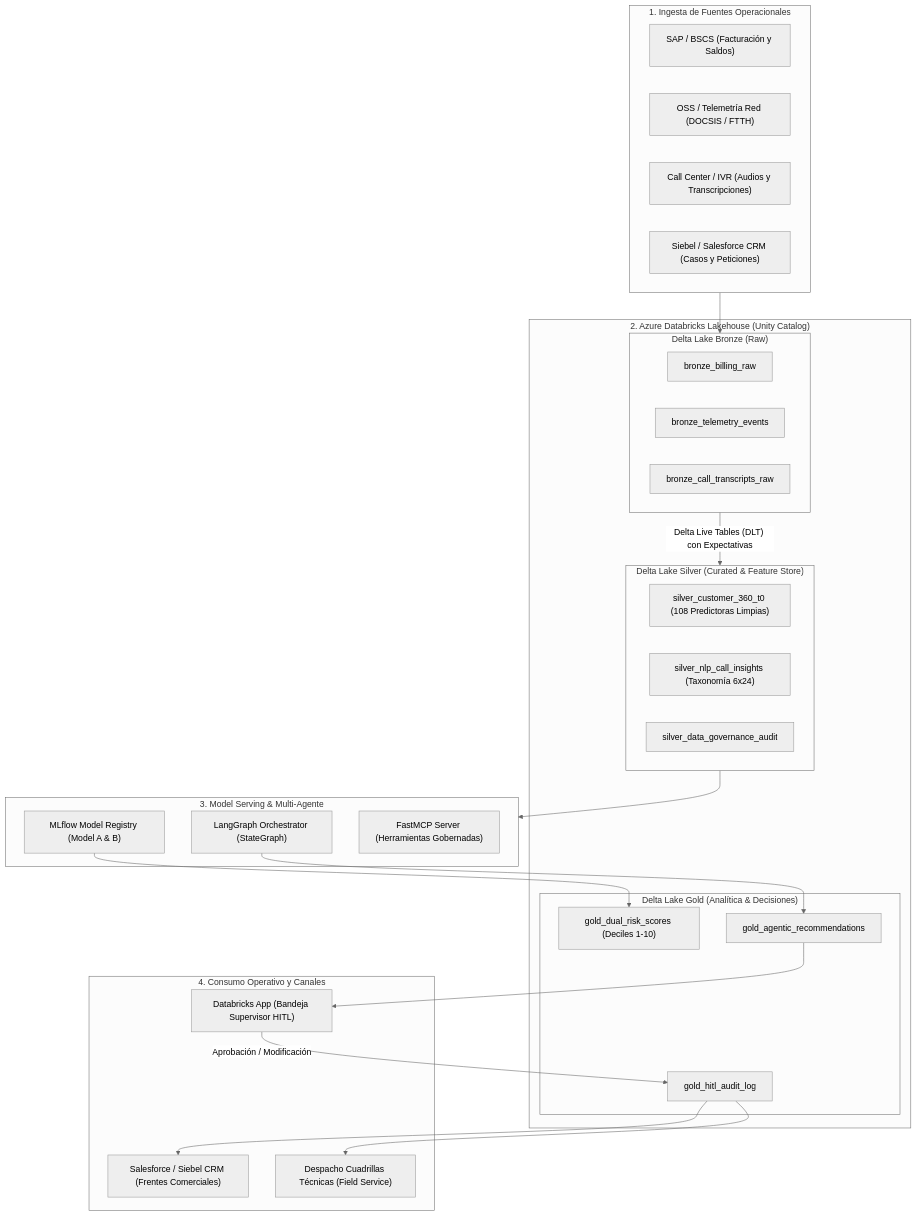
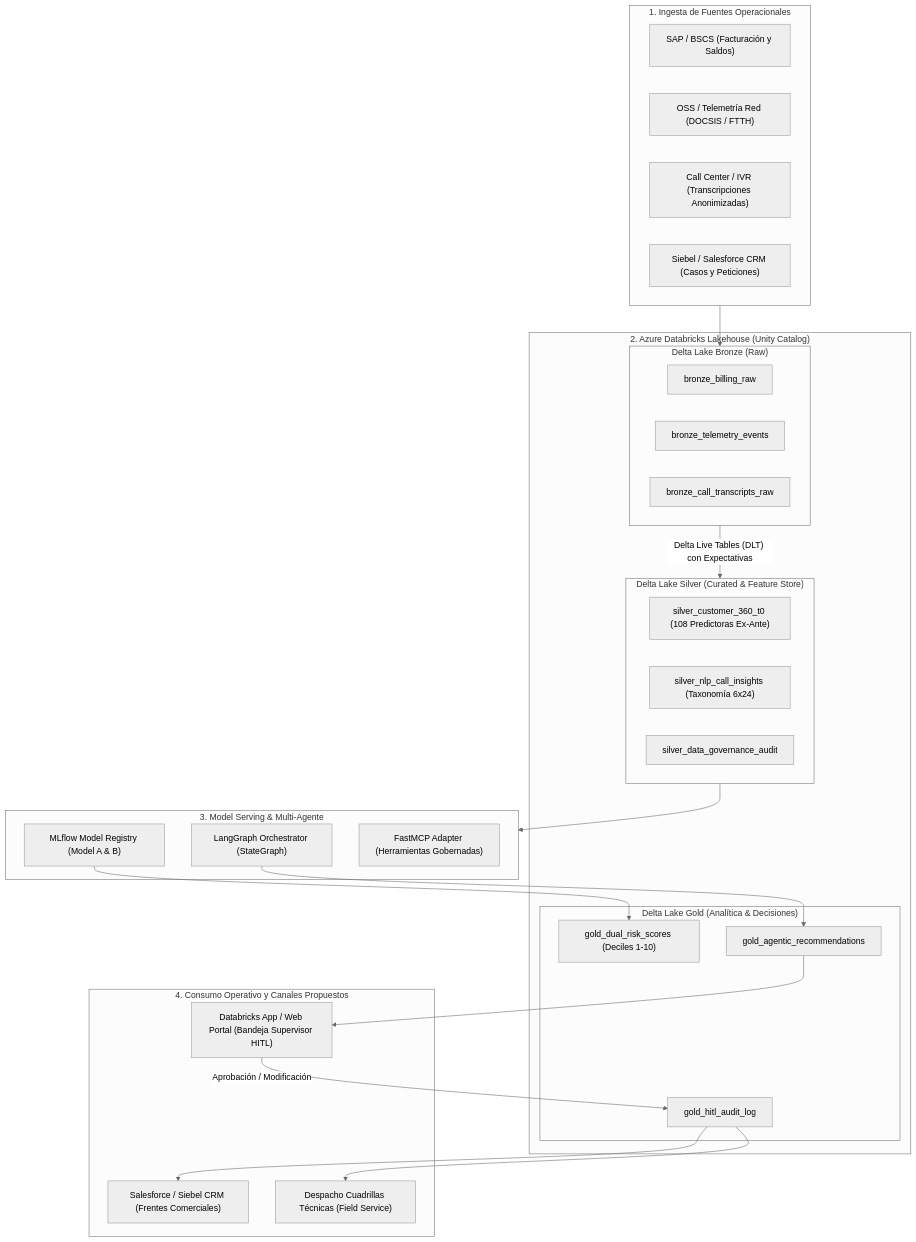
One commit to rehdyen/claro-orquestador-ia changed the diagram in docs/databricks_blueprint.md. Above: the diagram before and after it, drawn with Mermaid (neutral theme). The commit also changed other lines of this file and 12 other files, not shown here.

````diff
--- a/docs/databricks_blueprint.md
+++ b/docs/databricks_blueprint.md
@@ -21,51 +22,51 @@
 ```mermaid
 flowchart TB
     subgraph INGESTION ["1. Ingesta de Fuentes Operacionales"]
         S1["SAP / BSCS (Facturación y Saldos)"]
         S2["OSS / Telemetría Red (DOCSIS / FTTH)"]
-        S3["Call Center / IVR (Audios y Transcripciones)"]
+        S3["Call Center / IVR (Transcripciones Anonimizadas)"]
         S4["Siebel / Salesforce CRM (Casos y Peticiones)"]
     end
 
     subgraph LAKEHOUSE ["2. Azure Databricks Lakehouse (Unity Catalog)"]
         subgraph BRONZE ["Delta Lake Bronze (Raw)"]
             B1["bronze_billing_raw"]
             B2["bronze_telemetry_events"]
             B3["bronze_call_transcripts_raw"]
         end
 
         subgraph SILVER ["Delta Lake Silver (Curated & Feature Store)"]
-            S_FEAT["silver_customer_360_t0 (108 Predictoras Limpias)"]
+            S_FEAT["silver_customer_360_t0 (108 Predictoras Ex-Ante)"]
             S_VOC["silver_nlp_call_insights (Taxonomía 6x24)"]
             S_AUDIT["silver_data_governance_audit"]
         end
 
         subgraph GOLD ["Delta Lake Gold (Analítica & Decisiones)"]
             G_SCORE["gold_dual_risk_scores (Deciles 1-10)"]
             G_REC["gold_agentic_recommendations"]
             G_HITL["gold_hitl_audit_log"]
         end
     end
 
     subgraph ML_LLM ["3. Model Serving & Multi-Agente"]
         MLFLOW["MLflow Model Registry (Model A & B)"]
         LANGGRAPH["LangGraph Orchestrator (StateGraph)"]
-        FASTMCP["FastMCP Server (Herramientas Gobernadas)"]
+        FASTMCP["FastMCP Adapter (Herramientas Gobernadas)"]
     end
 
-    subgraph OPERATIONS ["4. Consumo Operativo y Canales"]
-        APP_HITL["Databricks App (Bandeja Supervisor HITL)"]
+    subgraph OPERATIONS ["4. Consumo Operativo y Canales Propuestos"]
+        APP_HITL["Databricks App / Web Portal (Bandeja Supervisor HITL)"]
         CRM["Salesforce / Siebel CRM (Frentes Comerciales)"]
         FIELD["Despacho Cuadrillas Técnicas (Field Service)"]
     end
 
     INGESTION --> BRONZE
     BRONZE --> |"Delta Live Tables (DLT) con Expectativas"| SILVER
     SILVER --> ML_LLM
     MLFLOW --> G_SCORE
     LANGGRAPH --> G_REC
     G_REC --> APP_HITL
     APP_HITL --> |"Aprobación / Modificación"| G_HITL
     G_HITL --> CRM
     G_HITL --> FIELD
 ```
````
